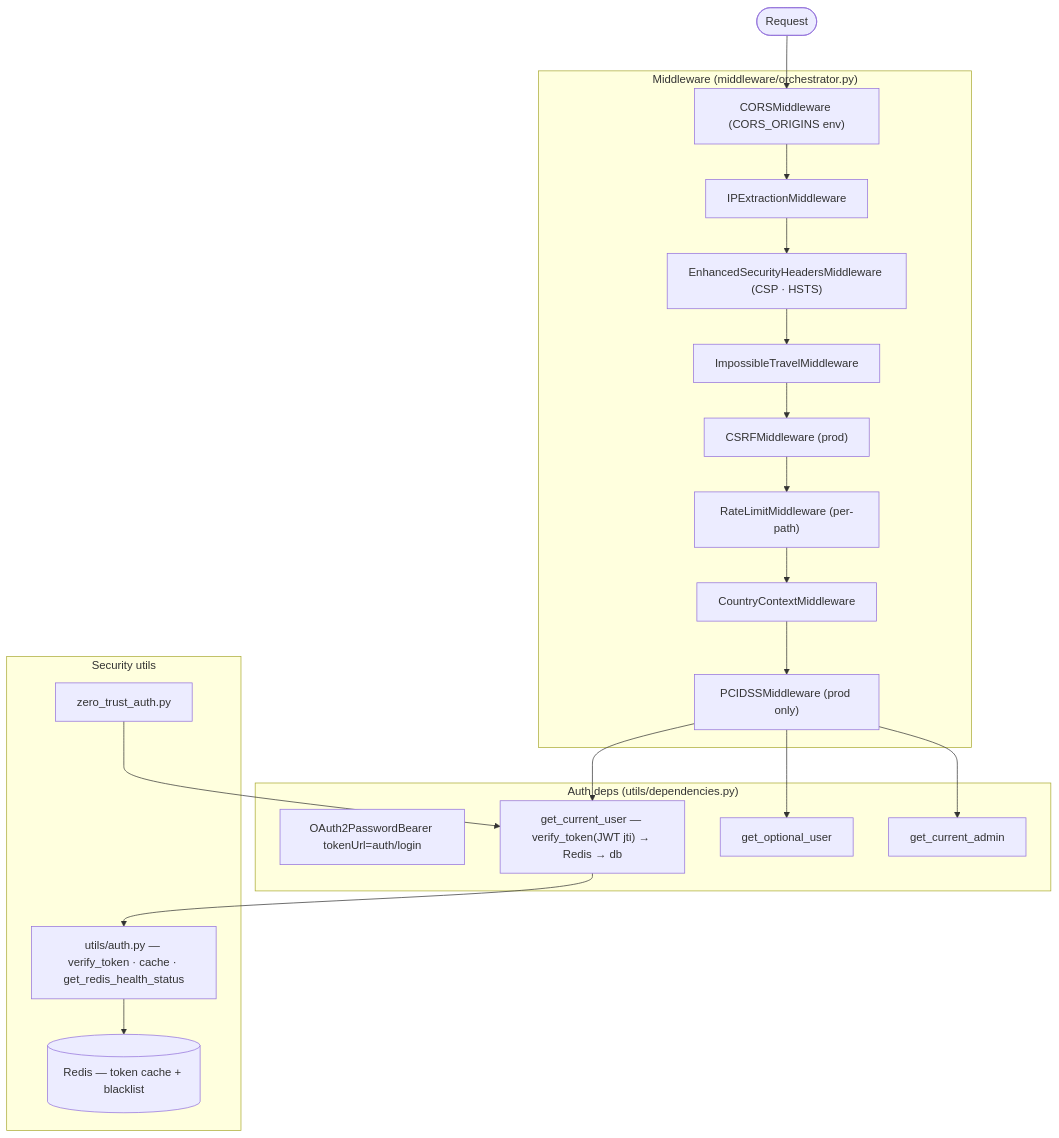
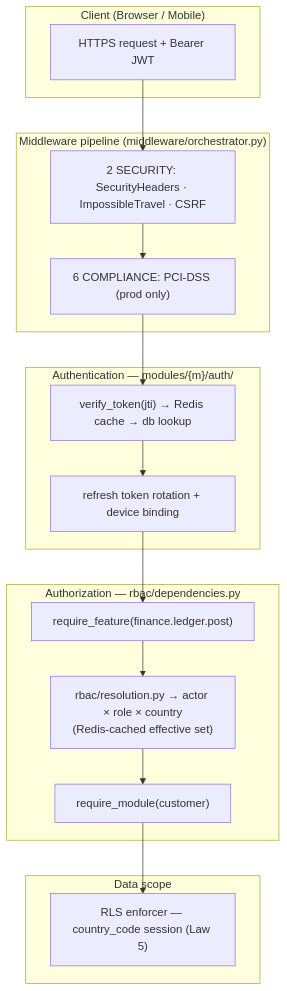
The fourth of 5 diagrams in ARCHITECTURE_DIAGRAM.md (Makfuncky/zozi), drawn with Mermaid before and after one commit. The commit also changed other lines of this file and 3127 other files, not shown here.

Commit message:
new_architecture_02-19-08-2026

````diff
--- a/ARCHITECTURE_DIAGRAM.md
+++ b/ARCHITECTURE_DIAGRAM.md
@@ -227,33 +403,28 @@
 ```mermaid
-    flowchart TD
-        Client([Request])
-
-        subgraph MW["Middleware (middleware/orchestrator.py)"]
-            CORS["CORSMiddleware (CORS_ORIGINS env)"]
-            IP["IPExtractionMiddleware"]
-            SH["EnhancedSecurityHeadersMiddleware (CSP · HSTS)"]
-            IT["ImpossibleTravelMiddleware"]
-            CSRF["CSRFMiddleware (prod)"]
-            RL["RateLimitMiddleware (per-path)"]
-            CC["CountryContextMiddleware"]
-            PCI["PCIDSSMiddleware (prod only)"]
-        end
-
-        subgraph AUTH["Auth deps (utils/dependencies.py)"]
-            SCHEME["OAuth2PasswordBearer tokenUrl=auth/login"]
-            GU["get_current_user — verify_token(JWT jti) → Redis → db"]
-            GOU["get_optional_user"]
-            GA["get_current_admin"]
-        end
-
-        subgraph SECUTILS["Security utils"]
-            TOK["utils/auth.py — verify_token · cache · get_redis_health_status"]
-            RED[(Redis — token cache + blacklist)]
-            ZT["zero_trust_auth.py"]
-        end
-
-        Client --> CORS --> IP --> SH --> IT --> CSRF --> RL --> CC --> PCI
-        PCI --> GU & GOU & GA
-        GU --> TOK --> RED
-        ZT --> GU
+flowchart TD
+    subgraph CLIENT["Client (Browser / Mobile)"]
+        REQ["HTTPS request + Bearer JWT"]
+    end
+    subgraph MW["Middleware pipeline (middleware/orchestrator.py)"]
+        L2["2 SECURITY: SecurityHeaders · ImpossibleTravel · CSRF"]
+        L6["6 COMPLIANCE: PCI-DSS (prod only)"]
+    end
+    subgraph AUTH["Authentication — modules/{m}/auth/"]
+        VER["verify_token(jti) → Redis cache → db lookup"]
+        RT["refresh token rotation + device binding"]
+    end
+    subgraph RBAC["Authorization — rbac/dependencies.py"]
+        RF["require_feature(finance.ledger.post)"]
+        RES["rbac/resolution.py → actor × role × country<br/>(Redis-cached effective set)"]
+        RM["require_module(customer)"]
+    end
+    subgraph DATA["Data scope"]
+        RLSC["RLS enforcer — country_code session (Law 5)"]
+    end
+    REQ --> L2 --> L6 --> VER
+    VER --> RT
+    RT --> RF
+    RF --> RES
+    RES --> RM
+    RM --> RLSC
 ```
````
